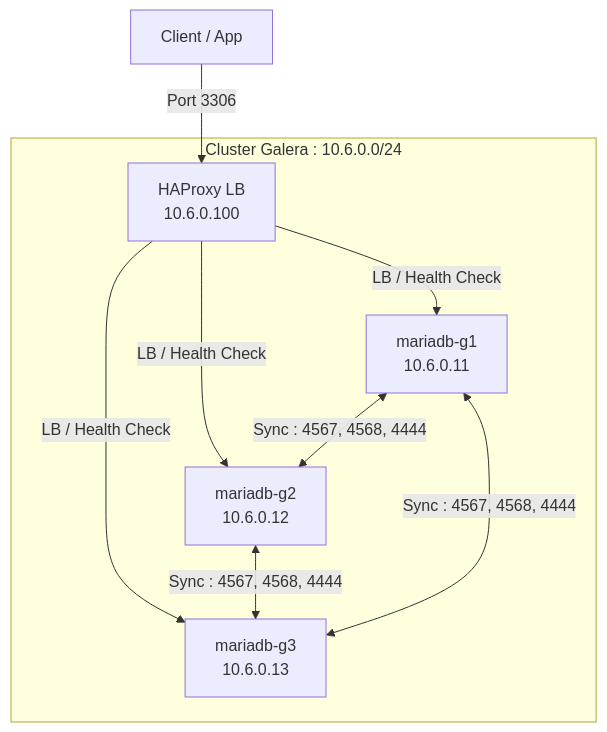
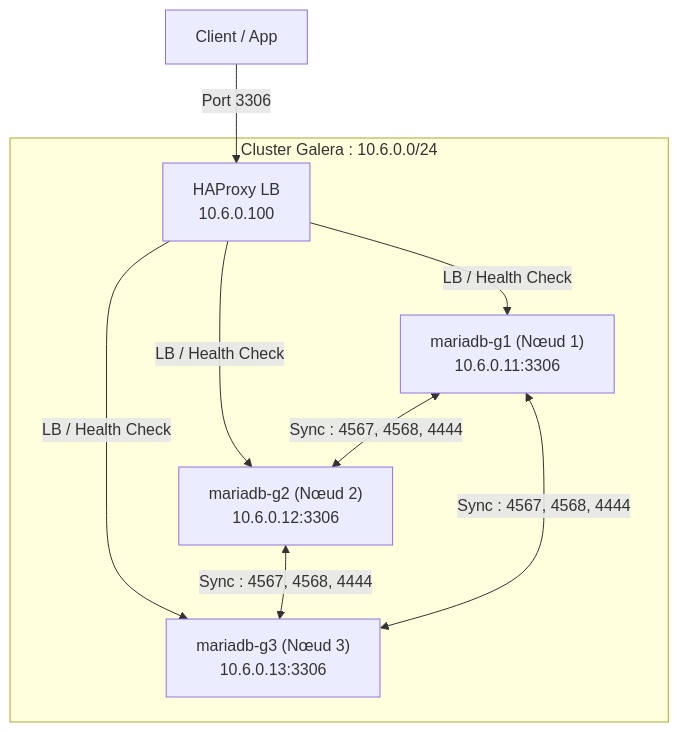
The first of 2 diagrams in docker/mariadb/documentation/architecture_fr.md (jmrenouard/dbscripts), drawn with Mermaid before and after one commit. The commit also changed other lines of this file and 5 other files, not shown here.

````diff
--- a/docker/mariadb/documentation/architecture_fr.md
+++ b/docker/mariadb/documentation/architecture_fr.md
@@ -16,14 +16,14 @@
 ```mermaid
 graph TD
     Client[Client / App] -->|Port 3306| LB[HAProxy LB<br/>10.6.0.100]
     
     subgraph Galera_Cluster [Cluster Galera : 10.6.0.0/24]
-        LB -->|LB / Health Check| G1[mariadb-g1<br/>10.6.0.11]
-        LB -->|LB / Health Check| G2[mariadb-g2<br/>10.6.0.12]
-        LB -->|LB / Health Check| G3[mariadb-g3<br/>10.6.0.13]
+        LB -->|LB / Health Check| G1["mariadb-g1 (Nœud 1)<br/>10.6.0.11:3306"]
+        LB -->|LB / Health Check| G2["mariadb-g2 (Nœud 2)<br/>10.6.0.12:3306"]
+        LB -->|LB / Health Check| G3["mariadb-g3 (Nœud 3)<br/>10.6.0.13:3306"]
         
         G1 <-->|Sync : 4567, 4568, 4444| G2
         G2 <-->|Sync : 4567, 4568, 4444| G3
         G3 <-->|Sync : 4567, 4568, 4444| G1
     end
 ```
````
